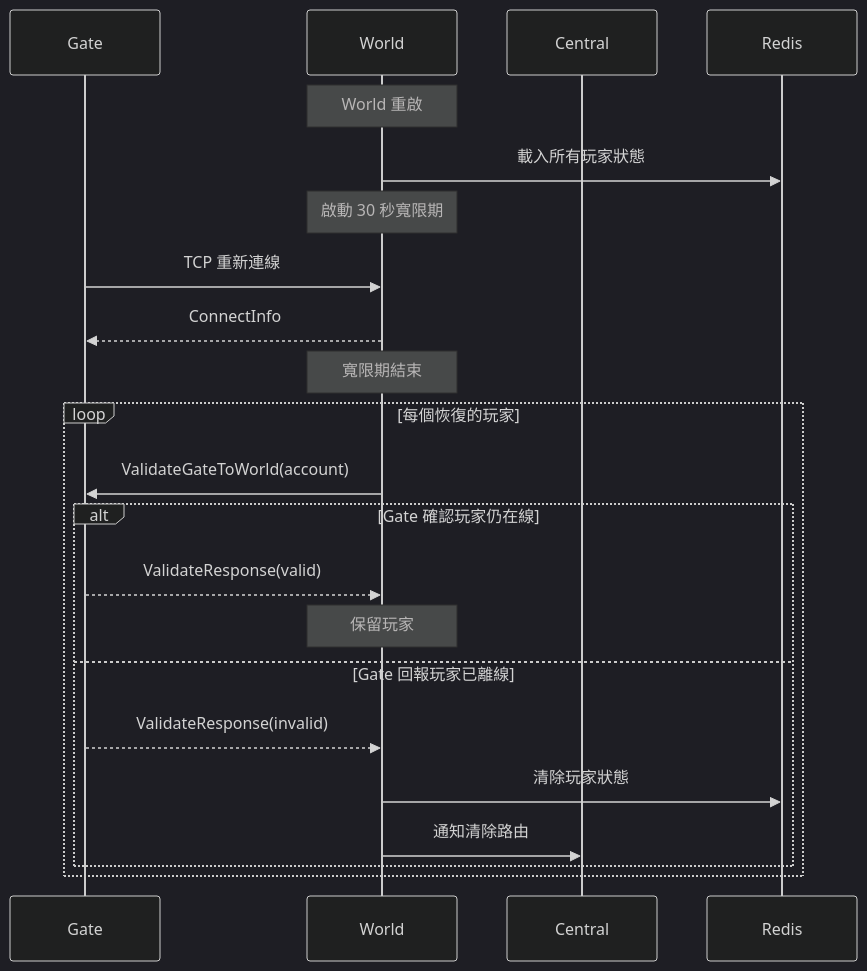
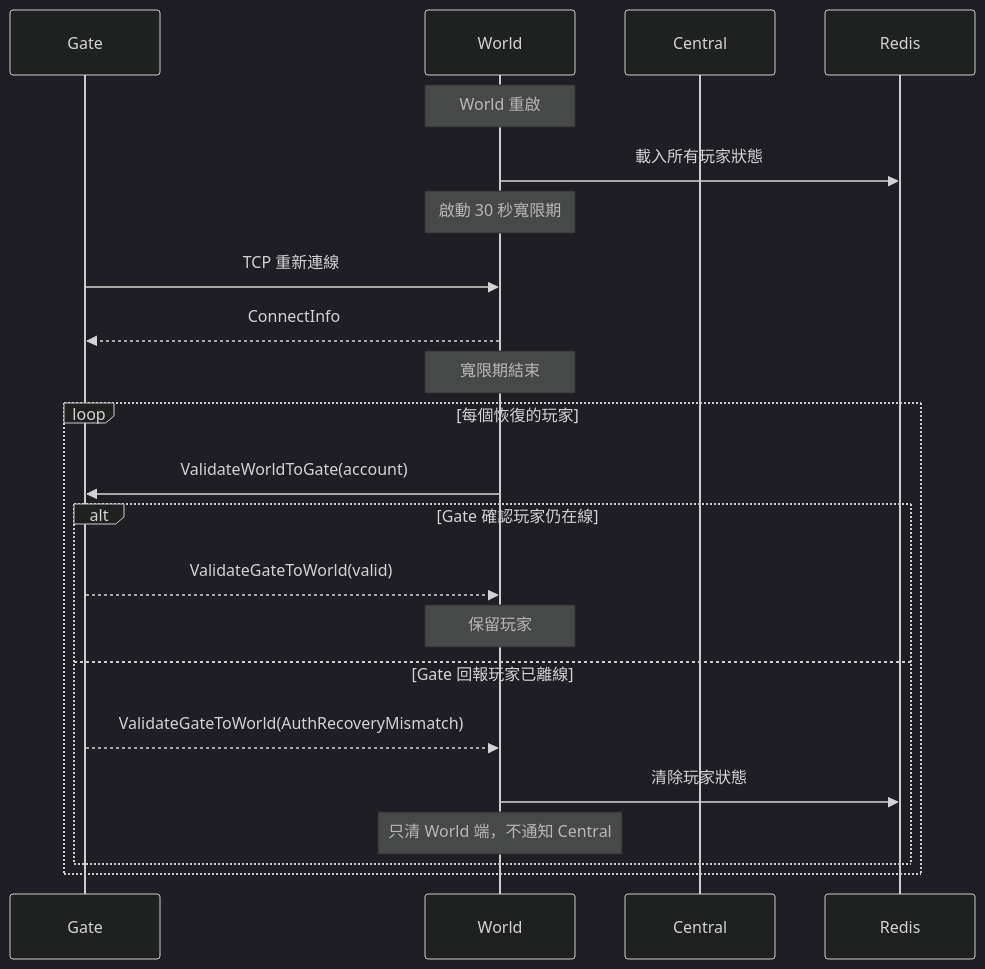
Before and after one commit to koebel0521/docs: the fifth of 8 diagrams in 10-核心流程/時序圖.md, drawn with Mermaid (dark theme). The commit also changed other lines of this file, not shown here.

First line of the commit message:
docs: 時序圖對齊目前登入、登出與恢復校驗實作 (DC-M5)

````diff
--- a/10-核心流程/時序圖.md
+++ b/10-核心流程/時序圖.md
@@ -128,29 +129,29 @@
 ```mermaid
 sequenceDiagram
     participant G as Gate
     participant W as World
     participant C as Central
     participant R as Redis
 
     Note over W: World 重啟
 
     W->>R: 載入所有玩家狀態
     Note over W: 啟動 30 秒寬限期
 
     G->>W: TCP 重新連線
     W-->>G: ConnectInfo
 
     Note over W: 寬限期結束
 
     loop 每個恢復的玩家
-        W->>G: ValidateGateToWorld(account)
+        W->>G: ValidateWorldToGate(account)
         alt Gate 確認玩家仍在線
-            G-->>W: ValidateResponse(valid)
+            G-->>W: ValidateGateToWorld(valid)
             Note over W: 保留玩家
         else Gate 回報玩家已離線
-            G-->>W: ValidateResponse(invalid)
+            G-->>W: ValidateGateToWorld(AuthRecoveryMismatch)
             W->>R: 清除玩家狀態
-            W->>C: 通知清除路由
+            Note over W: 只清 World 端，不通知 Central
         end
     end
 ```
````
